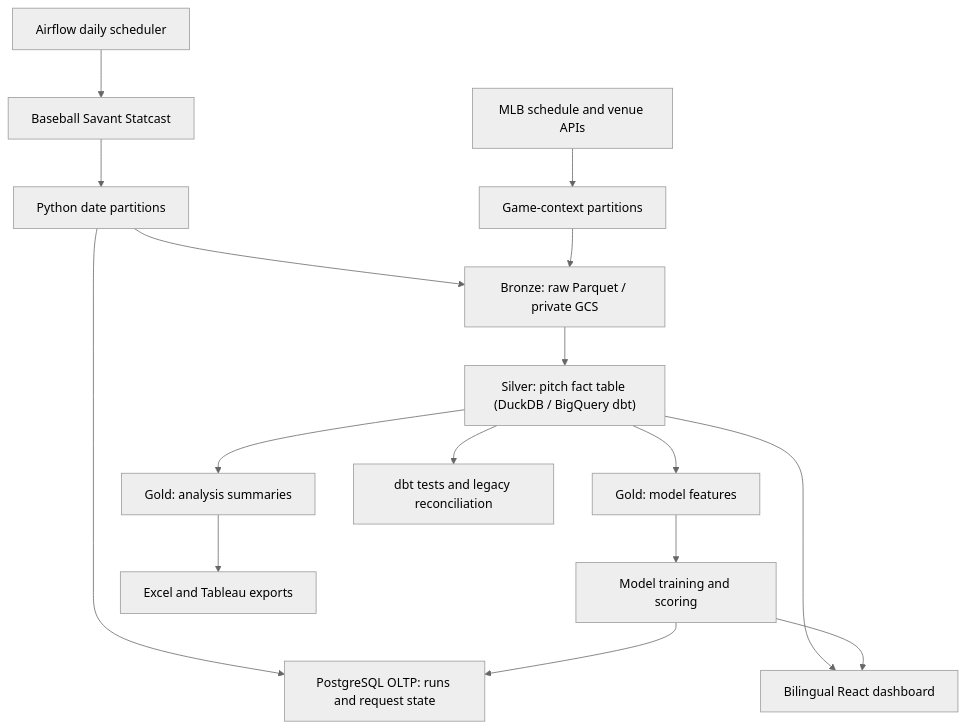
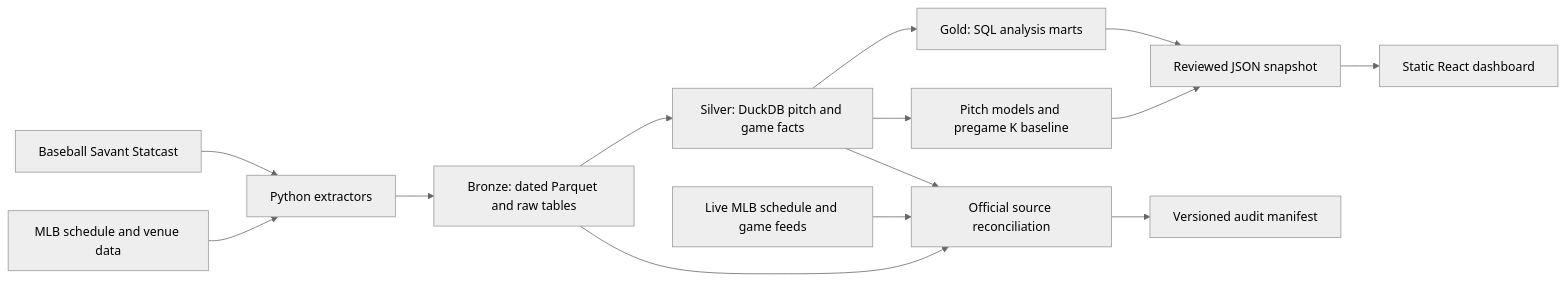
The diagram in README.md (Chuanris/mlb-pitch-analytics), drawn with Mermaid (neutral theme) before and after one commit. The commit also changed other lines of this file and 3 other files, not shown here.

````diff
--- a/README.md
+++ b/README.md
@@ -48,18 +46,16 @@
 ```mermaid
-flowchart TD
-    R["Airflow daily scheduler"] --> A
-    A["Baseball Savant Statcast"] --> B["Python date partitions"]
-    W["MLB schedule and venue APIs"] --> X["Game-context partitions"]
-    B --> O["PostgreSQL OLTP: runs and request state"]
-    B --> C["Bronze: raw Parquet / private GCS"]
-    X --> C
-    C --> D["Silver: pitch fact table (DuckDB / BigQuery dbt)"]
-    D --> E["Gold: analysis summaries"]
-    D --> M["Gold: model features"]
-    M --> N["Model training and scoring"]
-    E --> F["Excel and Tableau exports"]
-    D --> H["Bilingual React dashboard"]
-    N --> H
-    N --> O
-    D --> Q["dbt tests and legacy reconciliation"]
+flowchart LR
+    S["Baseball Savant Statcast"] --> X["Python extractors"]
+    C["MLB schedule and venue data"] --> X
+    X --> B["Bronze: dated Parquet and raw tables"]
+    B --> V["Silver: DuckDB pitch and game facts"]
+    V --> G["Gold: SQL analysis marts"]
+    V --> M["Pitch models and pregame K baseline"]
+    G --> J["Reviewed JSON snapshot"]
+    M --> J
+    J --> U["Static React dashboard"]
+    O["Live MLB schedule and game feeds"] --> R["Official source reconciliation"]
+    B --> R
+    V --> R
+    R --> A["Versioned audit manifest"]
 ```
````
